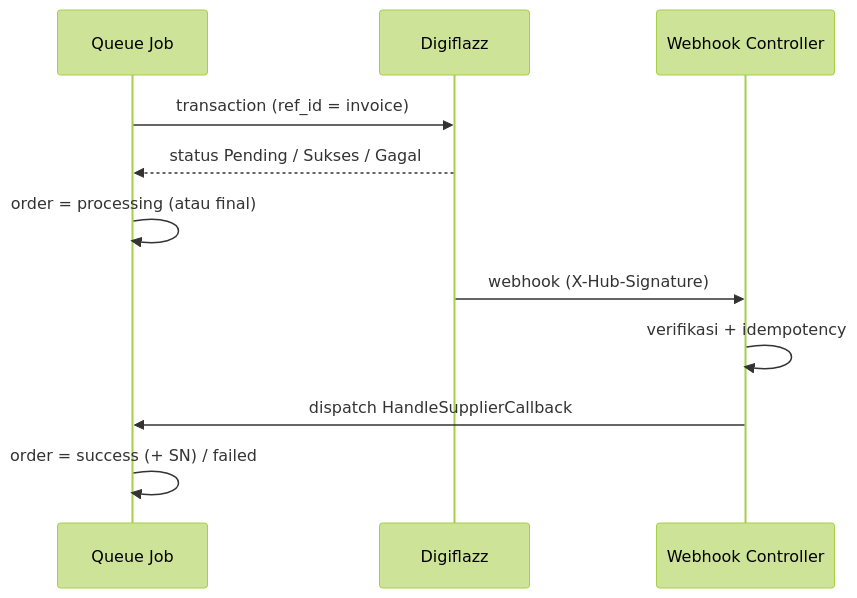
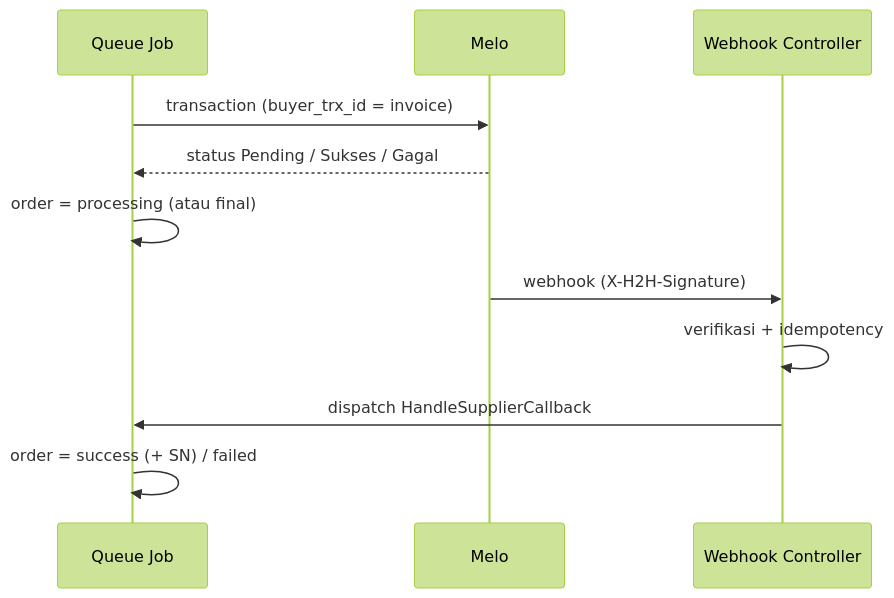
The fourth of 5 diagrams in docs/BUSINESS_FLOW.md (ilhamfajarandika/zeth-market), drawn with Mermaid (forest theme) before and after one commit. The commit also changed other lines of this file and 25 other files, not shown here.

````diff
--- a/docs/BUSINESS_FLOW.md
+++ b/docs/BUSINESS_FLOW.md
@@ -124,13 +125,13 @@
 ```mermaid
 sequenceDiagram
     participant Q as Queue Job
-    participant D as Digiflazz
+    participant D as Melo
     participant W as Webhook Controller
-    Q->>D: transaction (ref_id = invoice)
+    Q->>D: transaction (buyer_trx_id = invoice)
     D-->>Q: status Pending / Sukses / Gagal
     Q->>Q: order = processing (atau final)
-    D->>W: webhook (X-Hub-Signature)
+    D->>W: webhook (X-H2H-Signature)
     W->>W: verifikasi + idempotency
     W->>Q: dispatch HandleSupplierCallback
     Q->>Q: order = success (+ SN) / failed
 ```
````
